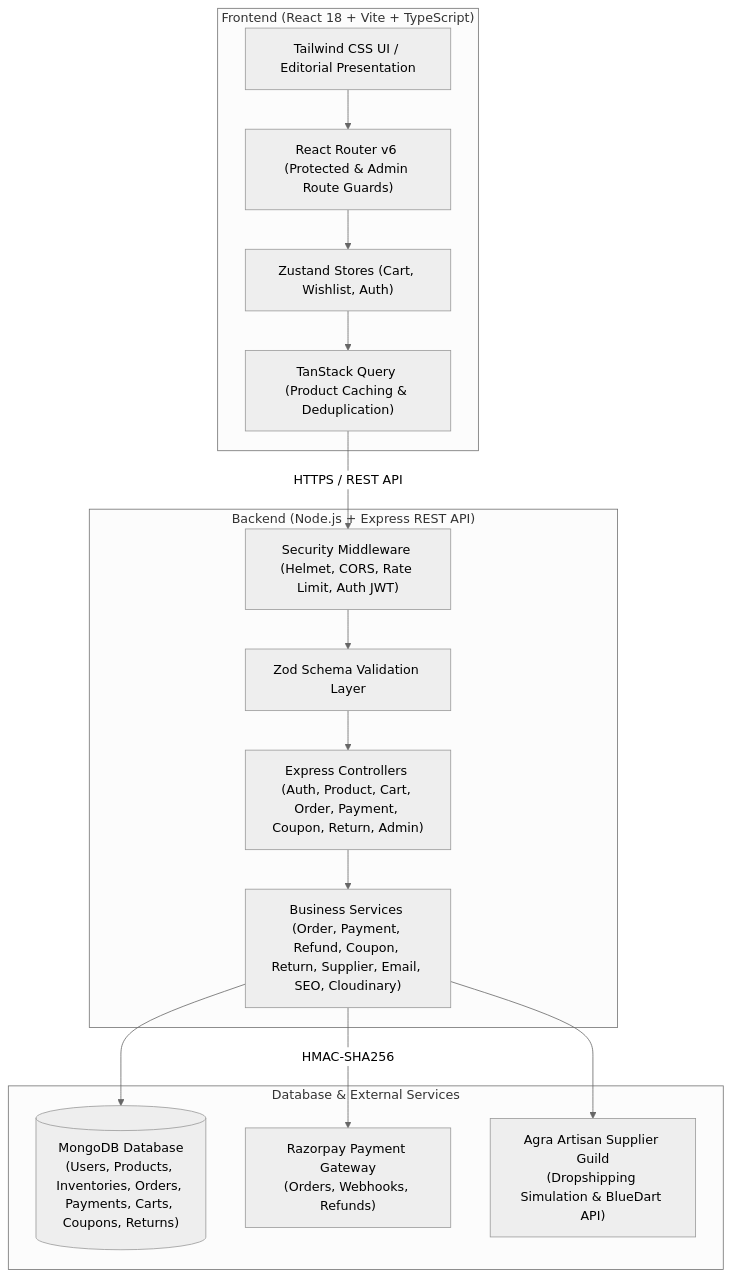
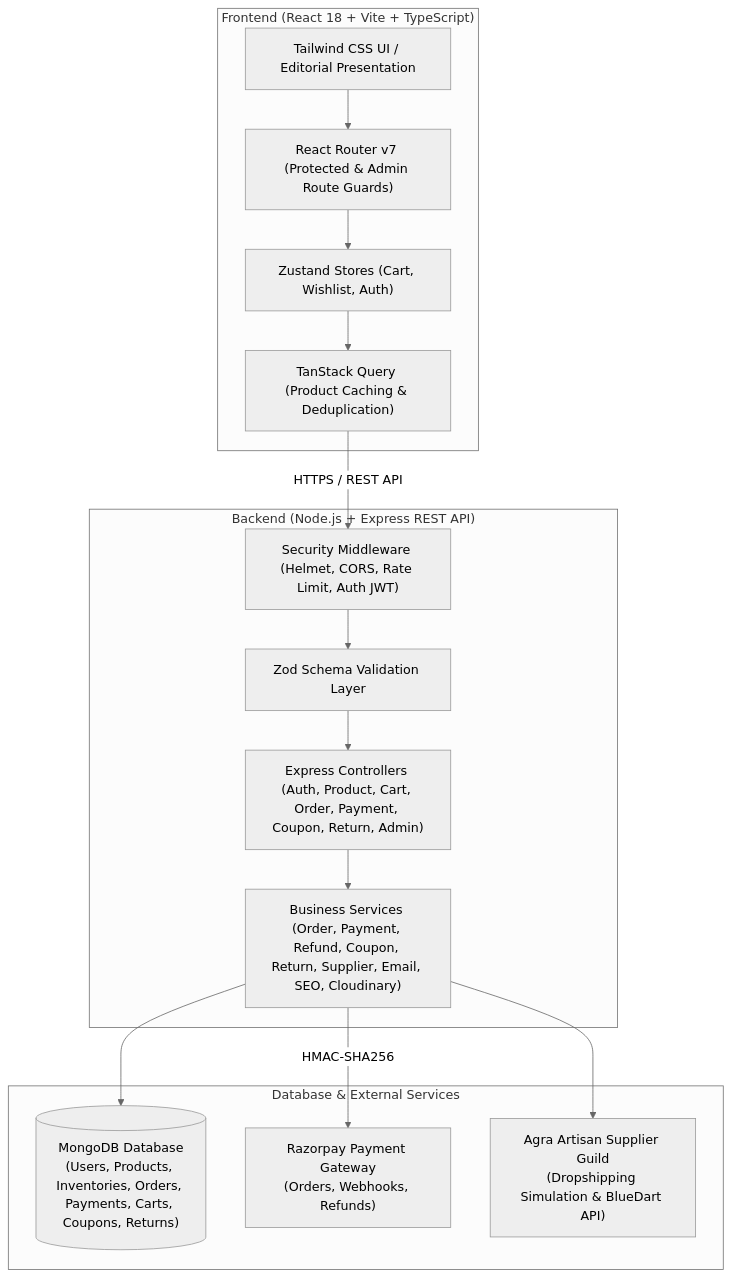
Before and after one commit to zero1cee/footzi: the first of 3 diagrams in README.md, drawn with Mermaid (neutral theme). The commit also changed other lines of this file and 1 other file, not shown here.

````diff
--- a/README.md
+++ b/README.md
@@ -77,33 +77,33 @@
 ```mermaid
 flowchart TD
     subgraph Client ["Frontend (React 18 + Vite + TypeScript)"]
         UI["Tailwind CSS UI / Editorial Presentation"]
-        Router["React Router v6 (Protected & Admin Route Guards)"]
+        Router["React Router v7 (Protected & Admin Route Guards)"]
         State["Zustand Stores (Cart, Wishlist, Auth)"]
         Query["TanStack Query (Product Caching & Deduplication)"]
     end
 
     subgraph Server ["Backend (Node.js + Express REST API)"]
         Middleware["Security Middleware (Helmet, CORS, Rate Limit, Auth JWT)"]
         Controllers["Express Controllers (Auth, Product, Cart, Order, Payment, Coupon, Return, Admin)"]
         Services["Business Services (Order, Payment, Refund, Coupon, Return, Supplier, Email, SEO, Cloudinary)"]
         Validators["Zod Schema Validation Layer"]
     end
 
     subgraph DataStore ["Database & External Services"]
         Mongo[("MongoDB Database\n(Users, Products, Inventories, Orders, Payments, Carts, Coupons, Returns)")]
         Razorpay["Razorpay Payment Gateway\n(Orders, Webhooks, Refunds)"]
         AgraSupplier["Agra Artisan Supplier Guild\n(Dropshipping Simulation & BlueDart API)"]
     end
 
     UI --> Router
     Router --> State
     State --> Query
     Query -->|HTTPS / REST API| Middleware
     Middleware --> Validators
     Validators --> Controllers
     Controllers --> Services
     Services --> Mongo
     Services -->|HMAC-SHA256| Razorpay
     Services --> AgraSupplier
 ```
````
